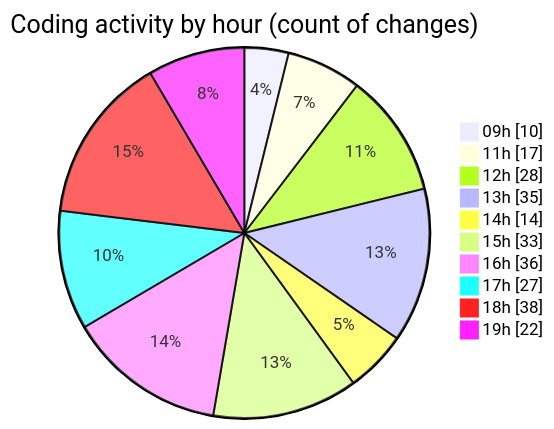
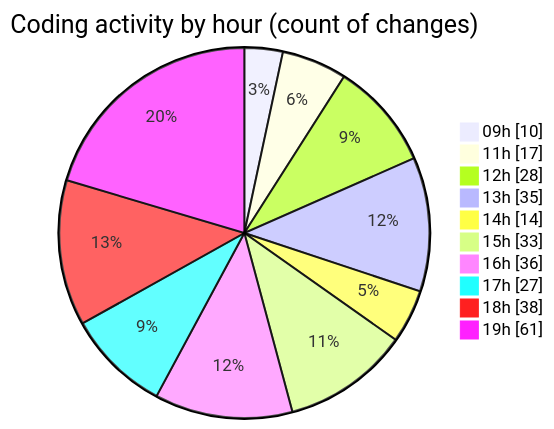
Before and after one commit to momahboobian/code-tracking: the second of 2 diagrams in 2026-05-07/cda/README.md, drawn with Mermaid. The commit also changed other lines of this file and 1 other file, not shown here.

````diff
--- a/2026-05-07/cda/README.md
+++ b/2026-05-07/cda/README.md
@@ -58,14 +58,14 @@
 ```mermaid
 pie showData
 title Coding activity by hour (count of changes)
 "09h" : 10
 "11h" : 17
 "12h" : 28
 "13h" : 35
 "14h" : 14
 "15h" : 33
 "16h" : 36
 "17h" : 27
 "18h" : 38
-"19h" : 22
+"19h" : 61
 ```
````
